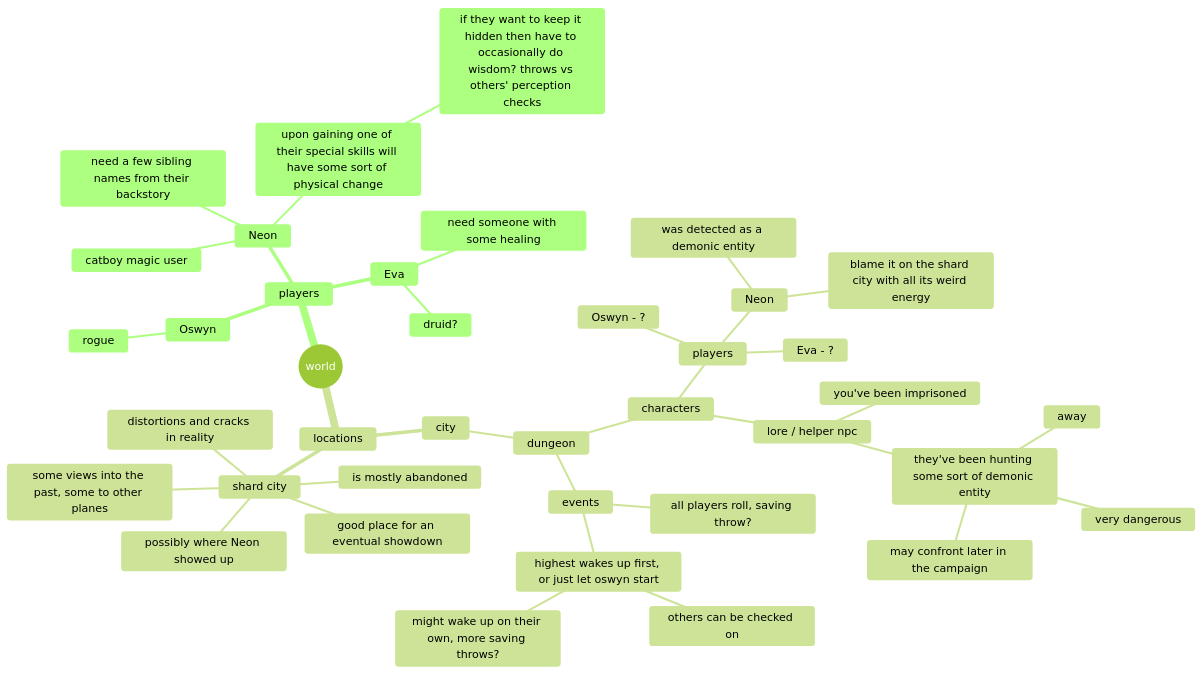
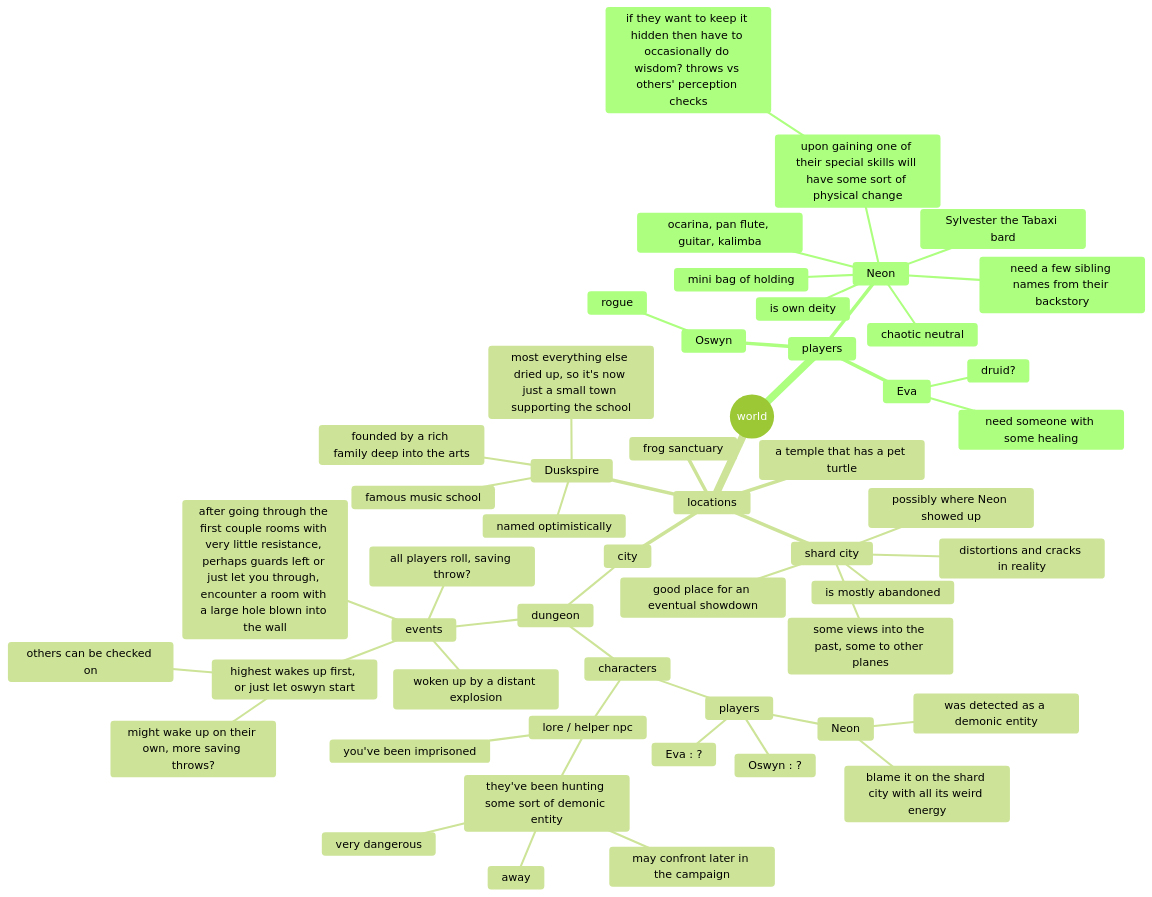
One commit to defiant00/dnd changed the diagram in README.md. Above: the diagram before and after it, drawn with Mermaid (forest theme).

````diff
--- a/README.md
+++ b/README.md
@@ -1,42 +1,55 @@
 ```mermaid
 mindmap
   ((world))
     players
       Oswyn
         rogue
       Neon
-        catboy magic user
+        Sylvester the Tabaxi bard
+        ocarina, pan flute, guitar, kalimba
+        chaotic neutral
         need a few sibling names from their backstory
         upon gaining one of their special skills will have some sort of physical change
           if they want to keep it hidden then have to occasionally do wisdom? throws vs others' perception checks
+        mini bag of holding
+        is own deity
       Eva
         druid?
         need someone with some healing
     locations
       city
         dungeon
           characters
             players
-              Oswyn - ?
+              Oswyn : ?
               Neon
                 was detected as a demonic entity
                 blame it on the shard city with all its weird energy
-              Eva - ?
+              Eva : ?
             lore / helper npc
               you've been imprisoned
               they've been hunting some sort of demonic entity
                 very dangerous
                 away
                 may confront later in the campaign
           events
             all players roll, saving throw?
             highest wakes up first, or just let oswyn start
               others can be checked on
               might wake up on their own, more saving throws?
+            woken up by a distant explosion
+            after going through the first couple rooms with very little resistance, perhaps guards left or just let you through, encounter a room with a large hole blown into the wall
       shard city
         distortions and cracks in reality
         is mostly abandoned
         some views into the past, some to other planes
         possibly where Neon showed up
         good place for an eventual showdown
+      Duskspire
+        named optimistically
+        founded by a rich family deep into the arts
+        famous music school
+        most everything else dried up, so it's now just a small town supporting the school
+      frog sanctuary
+      a temple that has a pet turtle
 ```
````
